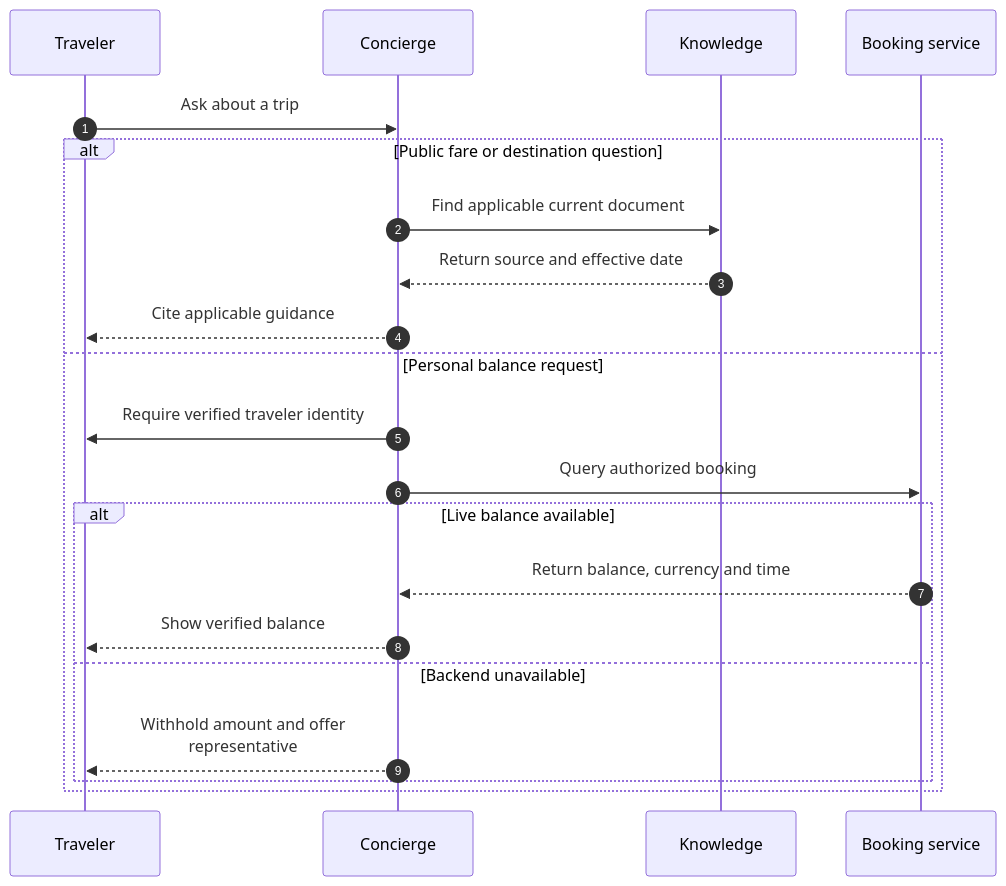
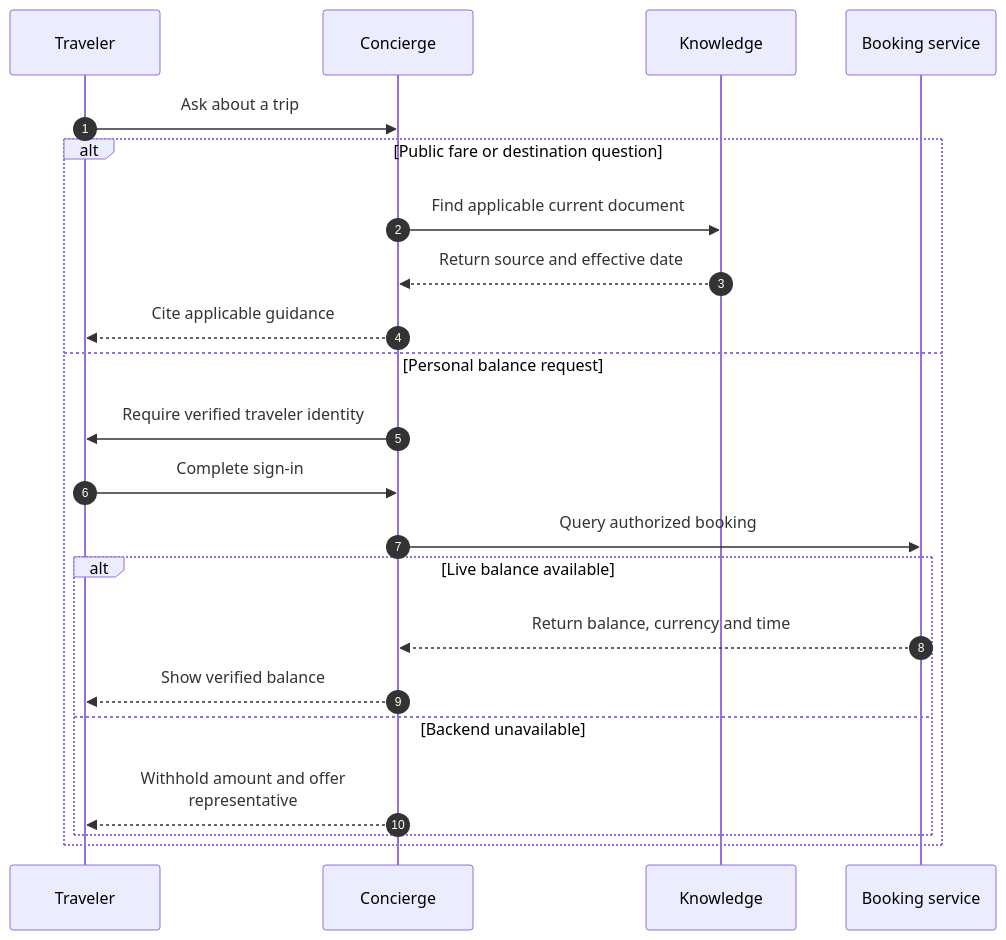
Before and after one commit to abhishek-ai-enabler/copilotstudio-architecture-patterns: the second of 2 diagrams in solution-ideas/travel-concierge.md, drawn with Mermaid. The commit also changed other lines of this file and 41 other files, not shown here.

First line of the commit message:
Review diagrams: add return paths and fix flow accuracy

````diff
--- a/solution-ideas/travel-concierge.md
+++ b/solution-ideas/travel-concierge.md
@@ -34,24 +36,25 @@
 ```mermaid
 sequenceDiagram
     accTitle: Travel concierge with public guidance and private booking lookup - technical flow
     autonumber
     participant U as Traveler
     participant A as Concierge
     participant K as Knowledge
     participant S as Booking service
     U->>A: Ask about a trip
     alt Public fare or destination question
-        A->>K: Find applicable current document
-        K-->>A: Return source and effective date
-        A-->>U: Cite applicable guidance
+      A->>K: Find applicable current document
+      K-->>A: Return source and effective date
+      A-->>U: Cite applicable guidance
     else Personal balance request
-        A->>U: Require verified traveler identity
-        A->>S: Query authorized booking
-        alt Live balance available
-            S-->>A: Return balance, currency and time
-            A-->>U: Show verified balance
-        else Backend unavailable
-            A-->>U: Withhold amount and offer<br/>representative
-        end
+      A->>U: Require verified traveler identity
+      U->>A: Complete sign-in
+      A->>S: Query authorized booking
+      alt Live balance available
+        S-->>A: Return balance, currency and time
+        A-->>U: Show verified balance
+      else Backend unavailable
+        A-->>U: Withhold amount and offer<br/>representative
+      end
     end
 ```
````
